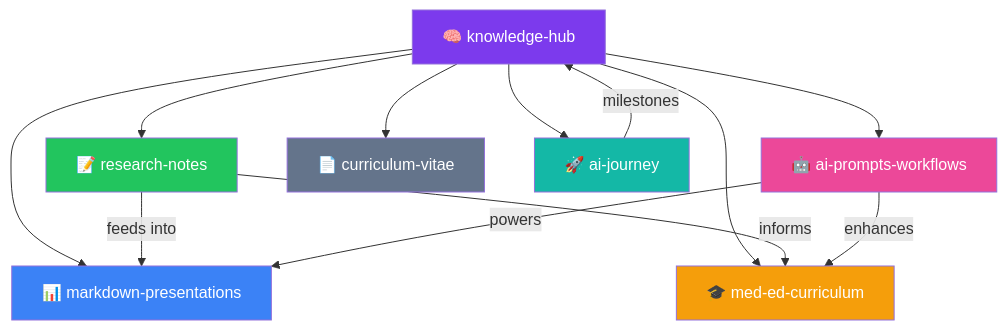
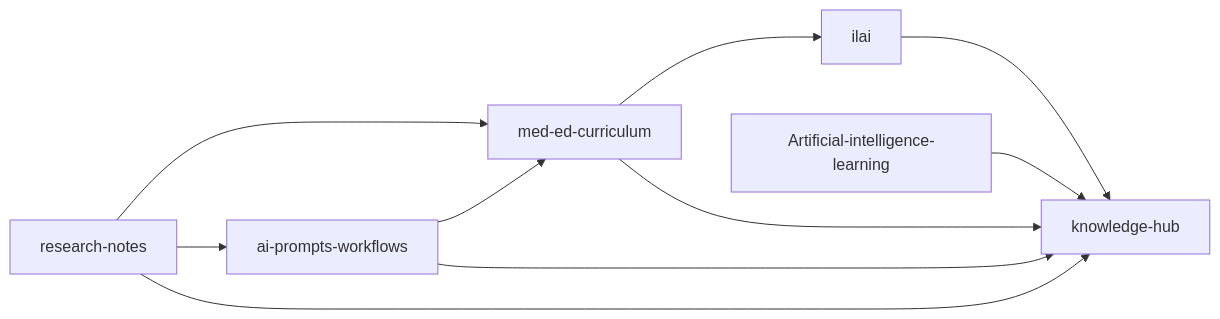
Before and after one commit to drlakshan/knowledge-hub: the diagram in README.md, drawn with Mermaid. The commit also changed other lines of this file and 1 other file, not shown here.

````diff
--- a/README.md
+++ b/README.md
@@ -8,23 +25,12 @@
 ```mermaid
-graph TB
-    HUB[🧠 knowledge-hub] --> PRES[📊 markdown-presentations]
-    HUB --> RN[📝 research-notes]
-    HUB --> CURR[🎓 med-ed-curriculum]
-    HUB --> AI[🤖 ai-prompts-workflows]
-    HUB --> CV[📄 curriculum-vitae]
-    HUB --> JOURNEY[🚀 ai-journey]
-    
-    RN --> |feeds into| PRES
-    RN --> |informs| CURR
-    AI --> |enhances| CURR
-    AI --> |powers| PRES
-    JOURNEY --> |milestones| HUB
-    
-    style HUB fill:#7c3aed,color:#fff
-    style PRES fill:#3b82f6,color:#fff
-    style RN fill:#22c55e,color:#fff
-    style CURR fill:#f59e0b,color:#fff
-    style AI fill:#ec4899,color:#fff
-    style CV fill:#64748b,color:#fff
-    style JOURNEY fill:#14b8a6,color:#fff
+graph LR
+    RN[research-notes] --> MEC[med-ed-curriculum]
+    RN --> AIPW[ai-prompts-workflows]
+    AIPW --> MEC
+    MEC --> ILAI[ilai]
+    RN --> K[knowledge-hub]
+    MEC --> K
+    AIPW --> K
+    ILAI --> K
+    AIL[Artificial-intelligence-learning] --> K
 ```
````
